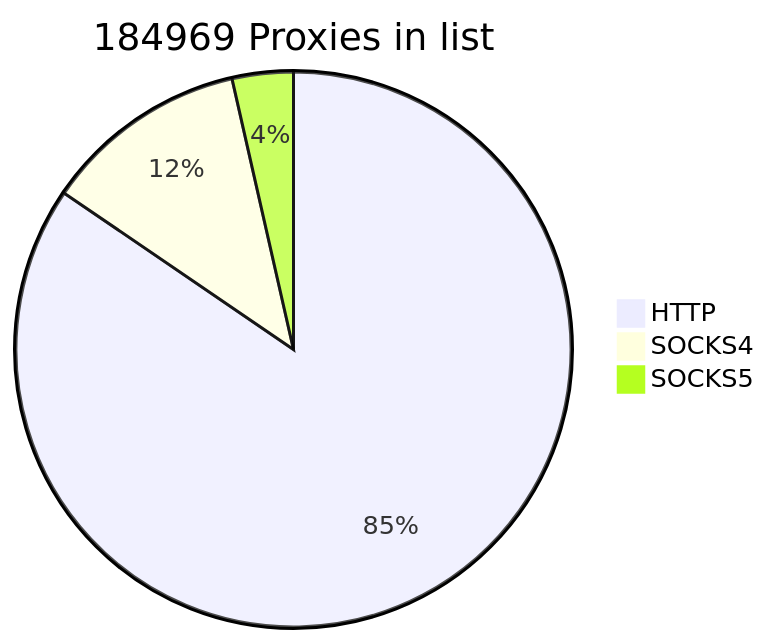
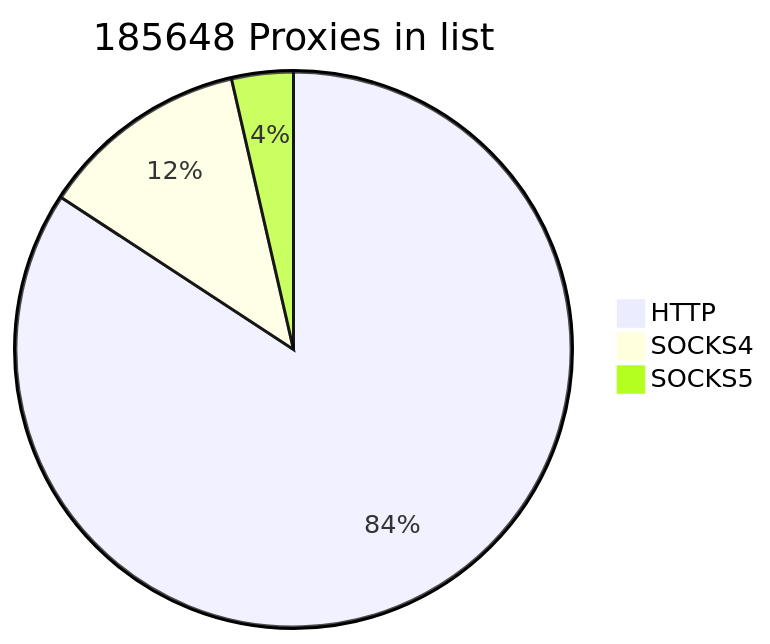
One commit to cutipu/proxylist changed the first of 2 diagrams in README.md. Above: the diagram before and after it, drawn with Mermaid. The commit also changed other lines of this file, not shown here.

````diff
--- a/README.md
+++ b/README.md
@@ -2,7 +2,7 @@
 ```mermaid
-pie title 184969 Proxies in list
-    "HTTP" : 156347
-    "SOCKS4" : 22047
-    "SOCKS5" : 6575
+pie title 185648 Proxies in list
+    "HTTP" : 156367
+    "SOCKS4" : 22626
+    "SOCKS5" : 6655
             
 ```
````
